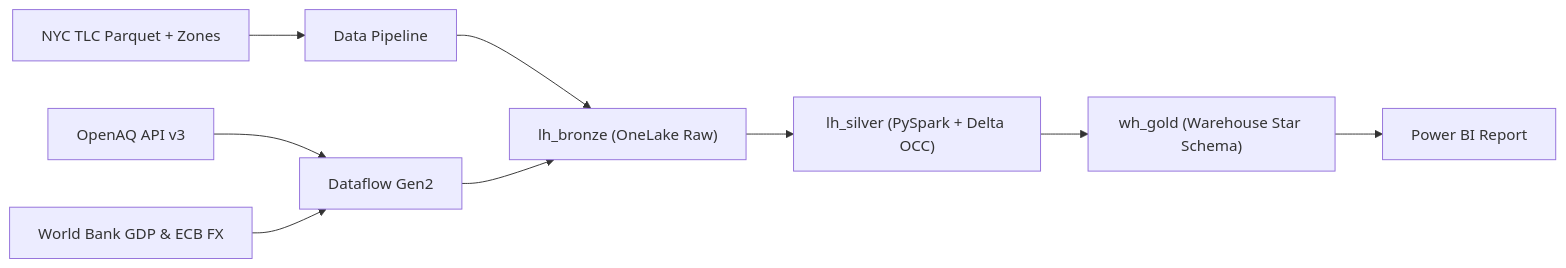
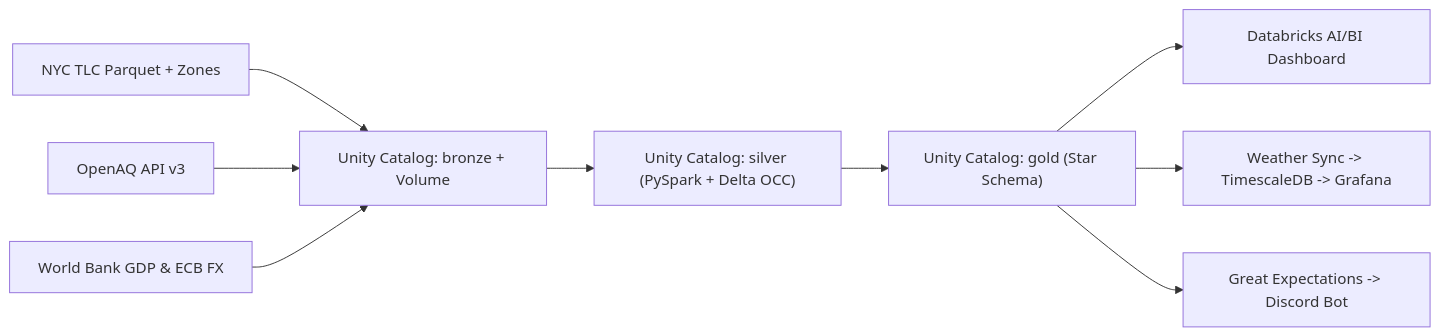
Before and after one commit to AntekGol/databricks-nyc-analytics: the diagram in README.md, drawn with Mermaid. The commit also changed other lines of this file and 3 other files, not shown here.

Commit message:
refactor: switch architecture to Databricks Free Edition and project layout

````diff
--- a/README.md
+++ b/README.md
@@ -15,12 +16,11 @@
 ```mermaid
 flowchart LR
-    TLC["NYC TLC Parquet + Zones"] --> PIP["Data Pipeline"]
-    OAQ["OpenAQ API v3"] --> DF["Dataflow Gen2"]
-    ECON["World Bank GDP & ECB FX"] --> DF
-
-    PIP --> BRONZE["lh_bronze (OneLake Raw)"]
-    DF --> BRONZE
-    BRONZE --> SILVER["lh_silver (PySpark + Delta OCC)"]
-    SILVER --> GOLD["wh_gold (Warehouse Star Schema)"]
-    GOLD --> PBI["Power BI Report"]
+    TLC["NYC TLC Parquet + Zones"] --> BRONZE["Unity Catalog: bronze + Volume"]
+    OAQ["OpenAQ API v3"] --> BRONZE
+    ECON["World Bank GDP & ECB FX"] --> BRONZE
+    BRONZE --> SILVER["Unity Catalog: silver (PySpark + Delta OCC)"]
+    SILVER --> GOLD["Unity Catalog: gold (Star Schema)"]
+    GOLD --> DASH["Databricks AI/BI Dashboard"]
+    GOLD --> WSYNC["Weather Sync -> TimescaleDB -> Grafana"]
+    GOLD --> DQ["Great Expectations -> Discord Bot"]
 ```
````
